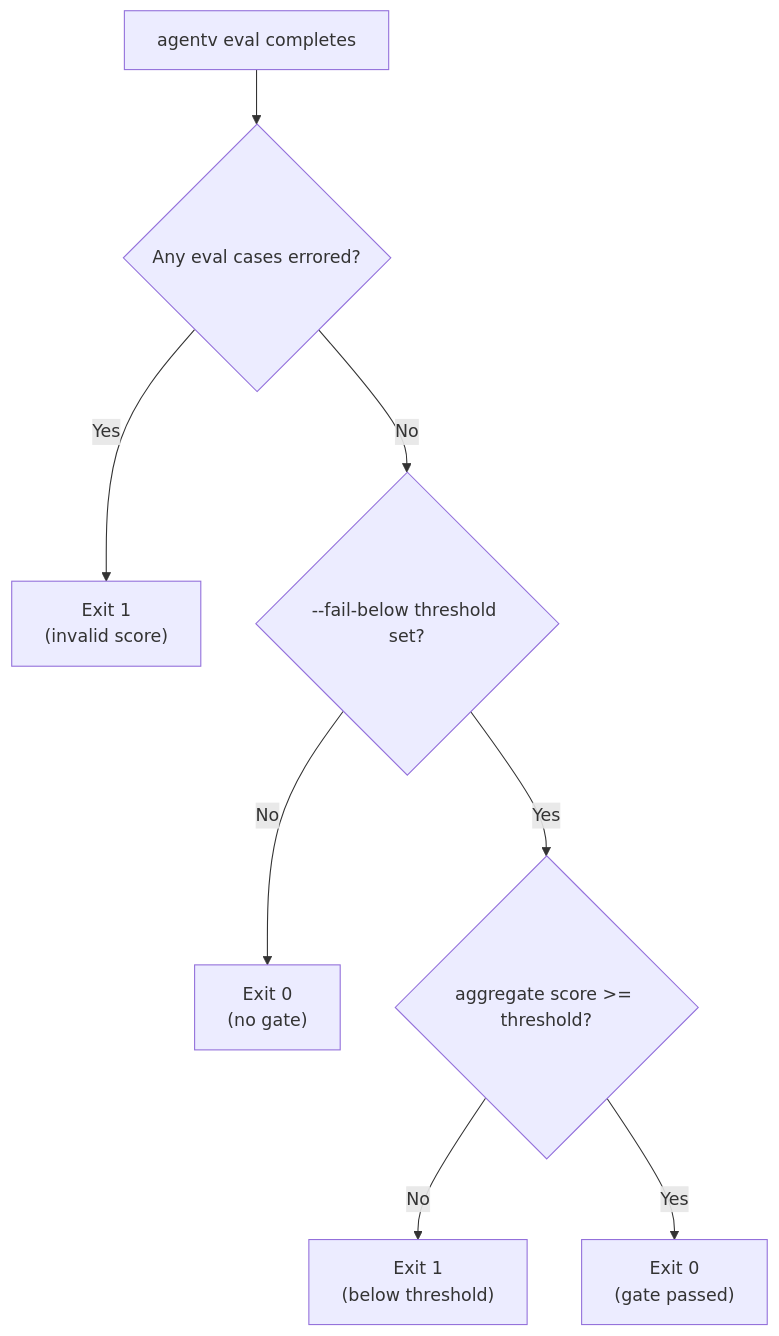
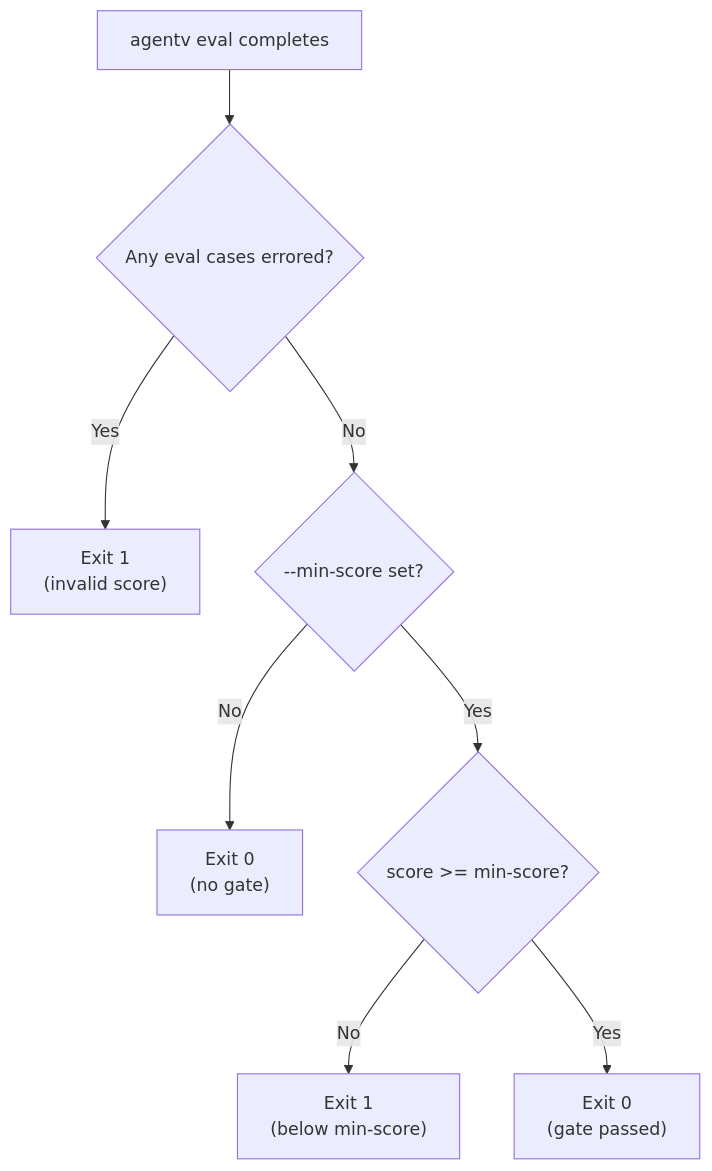
One commit to EntityProcess/agentv changed the diagram in openspec/changes/add-ci-gate/proposal.md. Above: the diagram before and after it, drawn with Mermaid. The commit also changed other lines of this file and 2 other files, not shown here.

First line of the commit message:
docs(openspec): update add-ci-gate proposal for --min-score rename

````diff
--- a/openspec/changes/add-ci-gate/proposal.md
+++ b/openspec/changes/add-ci-gate/proposal.md
@@ -60,10 +60,10 @@
 ```mermaid
 flowchart TD
     A[agentv eval completes] --> B{Any eval cases errored?}
     B -->|Yes| C["Exit 1<br/>(invalid score)"]
-    B -->|No| D{--fail-below threshold set?}
+    B -->|No| D{--min-score set?}
     D -->|No| E["Exit 0<br/>(no gate)"]
-    D -->|Yes| F{aggregate score >= threshold?}
-    F -->|No| G["Exit 1<br/>(below threshold)"]
+    D -->|Yes| F{score >= min-score?}
+    F -->|No| G["Exit 1<br/>(below min-score)"]
     F -->|Yes| H["Exit 0<br/>(gate passed)"]
 ```
````
